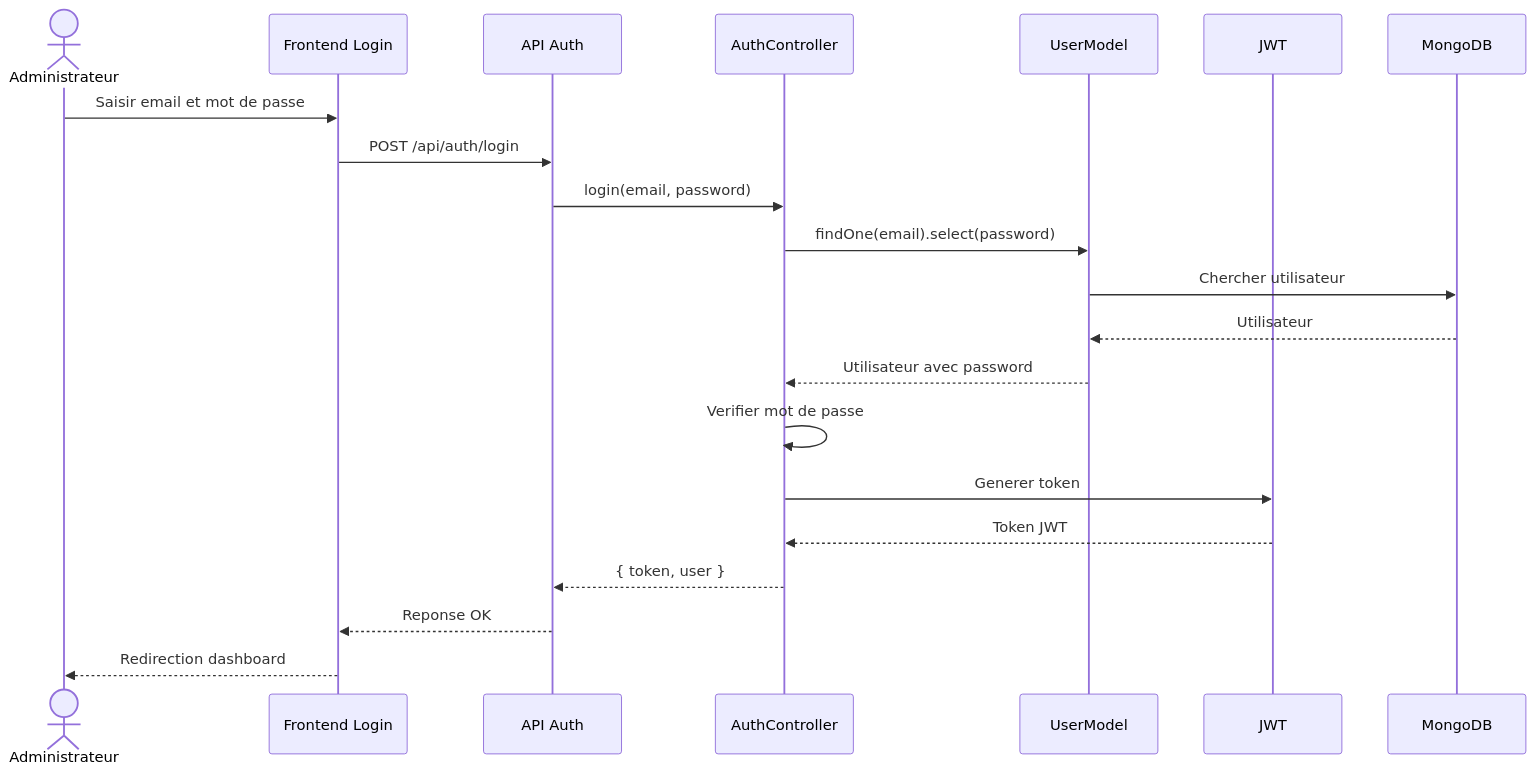
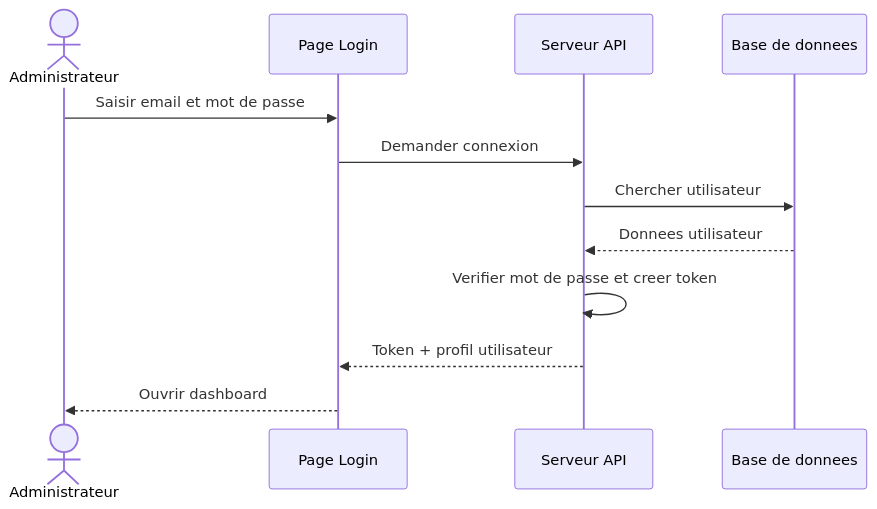
One commit to Youness-Ailal/bovins_cmc changed the diagram in tasks/salma/sequence-login.md. Above: the diagram before and after it, drawn with Mermaid. The commit also changed 14 other files, not shown here.

````diff
--- a/tasks/salma/sequence-login.md
+++ b/tasks/salma/sequence-login.md
@@ -3,24 +3,15 @@
 ```mermaid
 sequenceDiagram
     actor Administrateur
-    participant Frontend as Frontend Login
-    participant API as API Auth
-    participant Auth as AuthController
-    participant User as UserModel
-    participant JWT as JWT
-    participant DB as MongoDB
+    participant Interface as Page Login
+    participant Serveur as Serveur API
+    participant DB as Base de donnees
 
-    Administrateur->>Frontend: Saisir email et mot de passe
-    Frontend->>API: POST /api/auth/login
-    API->>Auth: login(email, password)
-    Auth->>User: findOne(email).select(password)
-    User->>DB: Chercher utilisateur
-    DB-->>User: Utilisateur
-    User-->>Auth: Utilisateur avec password
-    Auth->>Auth: Verifier mot de passe
-    Auth->>JWT: Generer token
-    JWT-->>Auth: Token JWT
-    Auth-->>API: { token, user }
-    API-->>Frontend: Reponse OK
-    Frontend-->>Administrateur: Redirection dashboard
+    Administrateur->>Interface: Saisir email et mot de passe
+    Interface->>Serveur: Demander connexion
+    Serveur->>DB: Chercher utilisateur
+    DB-->>Serveur: Donnees utilisateur
+    Serveur->>Serveur: Verifier mot de passe et creer token
+    Serveur-->>Interface: Token + profil utilisateur
+    Interface-->>Administrateur: Ouvrir dashboard
 ```
````
